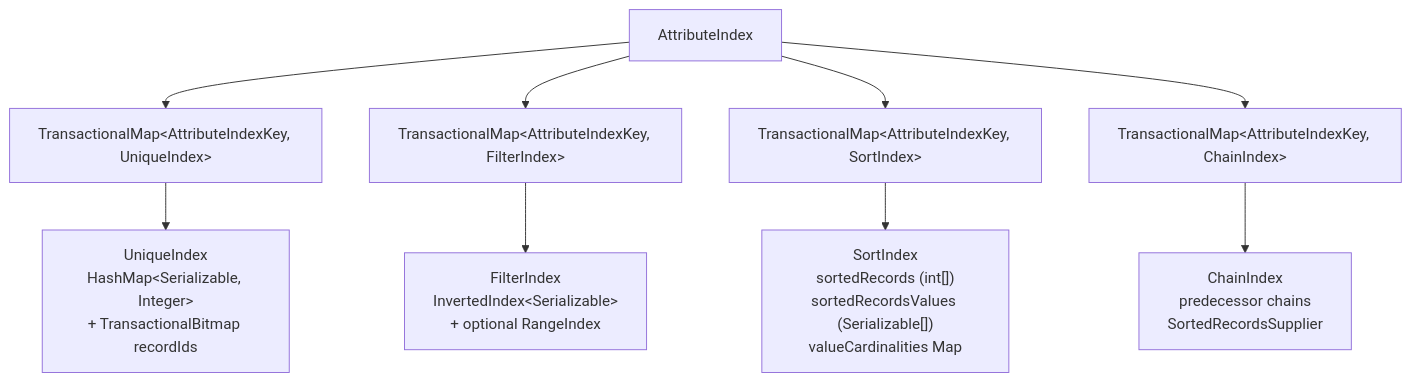
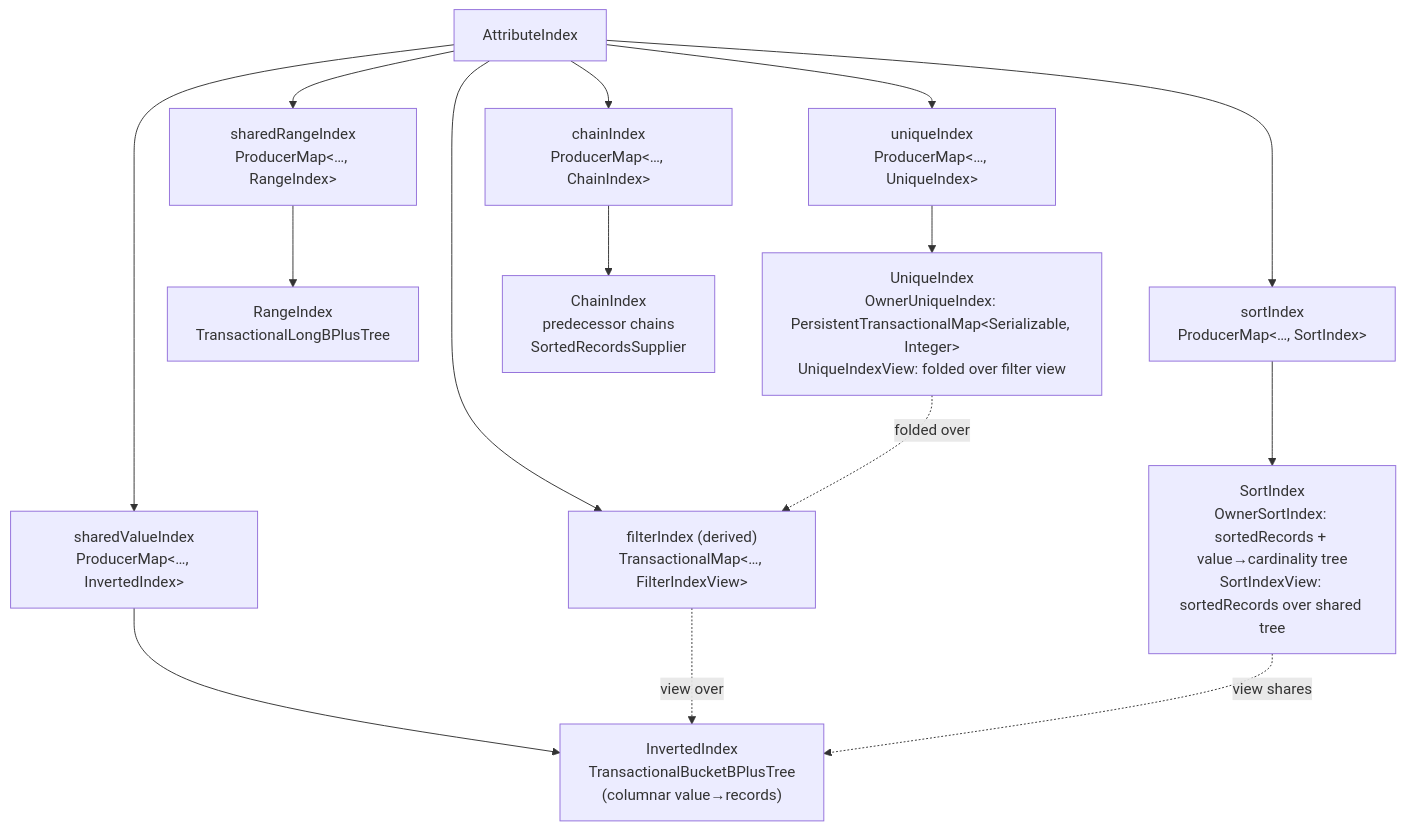
One commit to FgForrest/evitaDB changed the first of 5 diagrams in documentation/developer/indexes/data-structures.md. Above: the diagram before and after it, drawn with Mermaid. The commit also changed other lines of this file and 4 other files, not shown here.

First line of the commit message:
docs: document the columnar bucket store and B+ tree family

````diff
--- a/documentation/developer/indexes/data-structures.md
+++ b/documentation/developer/indexes/data-structures.md
@@ -82,20 +101,29 @@
 ```mermaid
 graph TD
     AI["AttributeIndex"]
-    UIM["TransactionalMap&lt;AttributeIndexKey, UniqueIndex&gt;"]
-    FIM["TransactionalMap&lt;AttributeIndexKey, FilterIndex&gt;"]
-    SIM["TransactionalMap&lt;AttributeIndexKey, SortIndex&gt;"]
-    CIM["TransactionalMap&lt;AttributeIndexKey, ChainIndex&gt;"]
+    SVM["sharedValueIndex<br/>ProducerMap&lt;…, InvertedIndex&gt;"]
+    SRM["sharedRangeIndex<br/>ProducerMap&lt;…, RangeIndex&gt;"]
+    UIM["uniqueIndex<br/>ProducerMap&lt;…, UniqueIndex&gt;"]
+    SIM["sortIndex<br/>ProducerMap&lt;…, SortIndex&gt;"]
+    CIM["chainIndex<br/>ProducerMap&lt;…, ChainIndex&gt;"]
+    FVM["filterIndex (derived)<br/>TransactionalMap&lt;…, FilterIndexView&gt;"]
+    AI --> SVM
+    AI --> SRM
     AI --> UIM
-    AI --> FIM
     AI --> SIM
     AI --> CIM
-    UI["UniqueIndex<br/>HashMap&lt;Serializable, Integer&gt;<br/>+ TransactionalBitmap recordIds"]
-    FI["FilterIndex<br/>InvertedIndex&lt;Serializable&gt;<br/>+ optional RangeIndex"]
-    SI["SortIndex<br/>sortedRecords (int[])<br/>sortedRecordsValues (Serializable[])<br/>valueCardinalities Map"]
+    AI --> FVM
+    IV["InvertedIndex<br/>TransactionalBucketBPlusTree<br/>(columnar value→records)"]
+    RI["RangeIndex<br/>TransactionalLongBPlusTree"]
+    UI["UniqueIndex<br/>OwnerUniqueIndex: PersistentTransactionalMap&lt;Serializable, Integer&gt;<br/>UniqueIndexView: folded over filter view"]
+    SI["SortIndex<br/>OwnerSortIndex: sortedRecords + value→cardinality tree<br/>SortIndexView: sortedRecords over shared tree"]
     CI["ChainIndex<br/>predecessor chains<br/>SortedRecordsSupplier"]
+    SVM --> IV
+    SRM --> RI
     UIM --> UI
-    FIM --> FI
     SIM --> SI
     CIM --> CI
+    FVM -. "view over" .-> IV
+    SI -. "view shares" .-> IV
+    UI -. "folded over" .-> FVM
 ```
````
